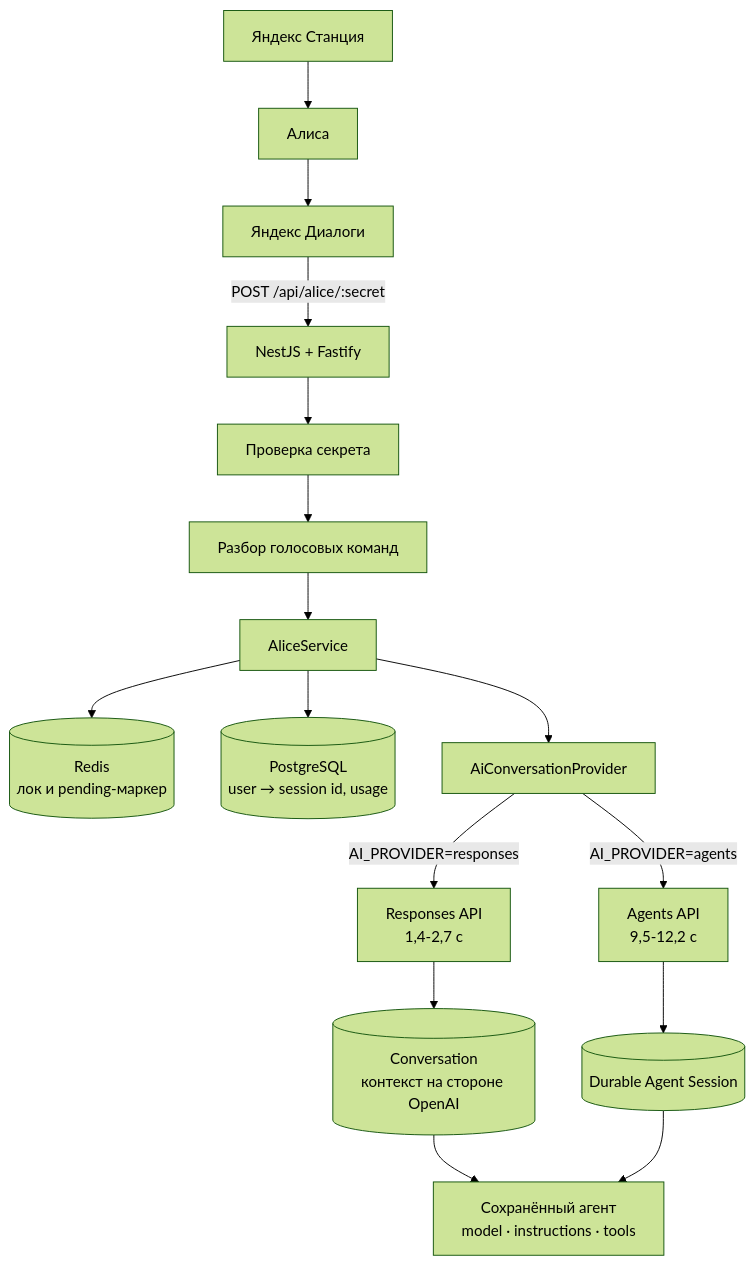
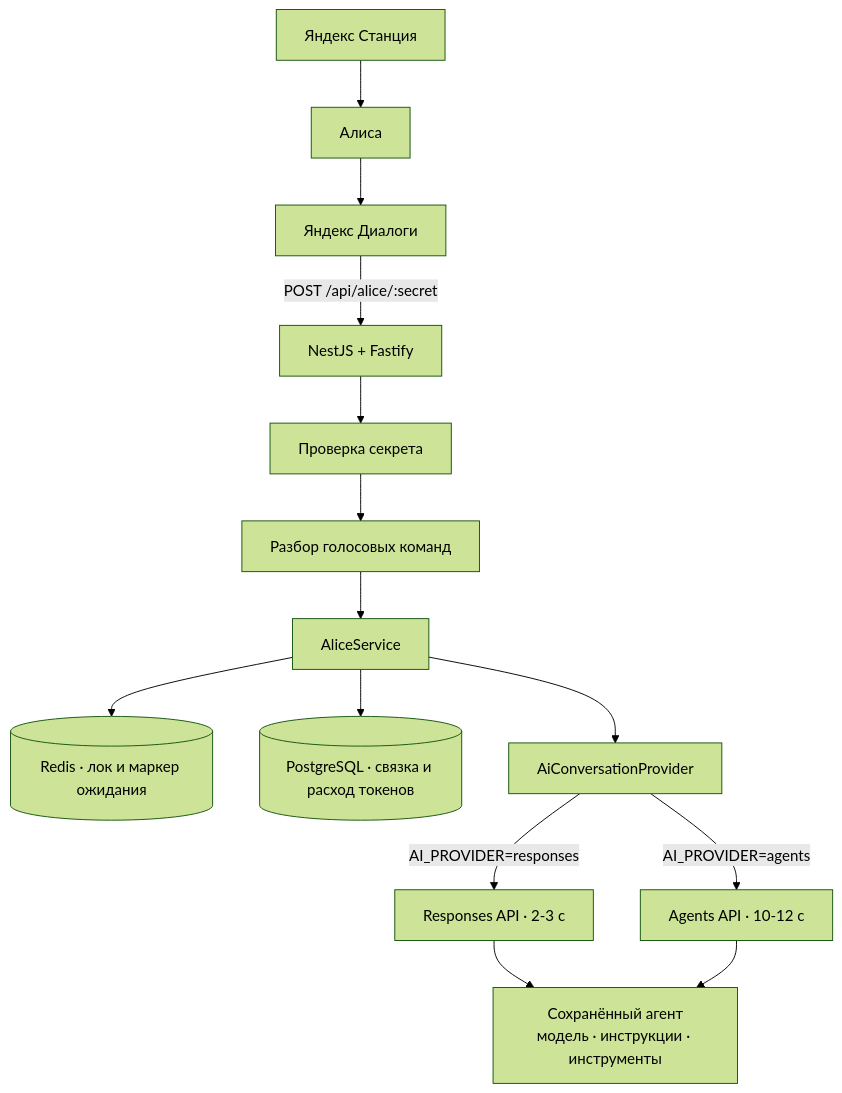
The diagram in README.md (pavser/makealicebetter), drawn with Mermaid (forest theme) before and after one commit. The commit also changed other lines of this file and 3 other files, not shown here.

````diff
--- a/README.md
+++ b/README.md
@@ -36,21 +38,19 @@
 ```mermaid
 flowchart TD
     Station[Яндекс Станция] --> Alice[Алиса]
     Alice --> Dialogs[Яндекс Диалоги]
     Dialogs -->|POST /api/alice/:secret| Nest[NestJS + Fastify]
 
     Nest --> Guard[Проверка секрета]
     Guard --> Parser[Разбор голосовых команд]
     Parser --> Service[AliceService]
 
-    Service --> Redis[(Redis<br/>лок и pending-маркер)]
-    Service --> PG[(PostgreSQL<br/>user → session id, usage)]
+    Service --> Redis[(Redis · лок и маркер ожидания)]
+    Service --> PG[(PostgreSQL · связка и расход токенов)]
     Service --> Provider[AiConversationProvider]
 
-    Provider -->|AI_PROVIDER=responses| Responses[Responses API<br/>1,4-2,7 с]
-    Provider -->|AI_PROVIDER=agents| Agents[Agents API<br/>9,5-12,2 с]
-    Responses --> Conversation[(Conversation<br/>контекст на стороне OpenAI)]
-    Agents --> Session[(Durable Agent Session)]
-    Conversation --> Saved[Сохранённый агент<br/>model · instructions · tools]
-    Session --> Saved
+    Provider -->|AI_PROVIDER=responses| Responses[Responses API · 2-3 с]
+    Provider -->|AI_PROVIDER=agents| Agents[Agents API · 10-12 с]
+    Responses --> Saved[Сохранённый агент<br/>модель · инструкции · инструменты]
+    Agents --> Saved
 ```
````
